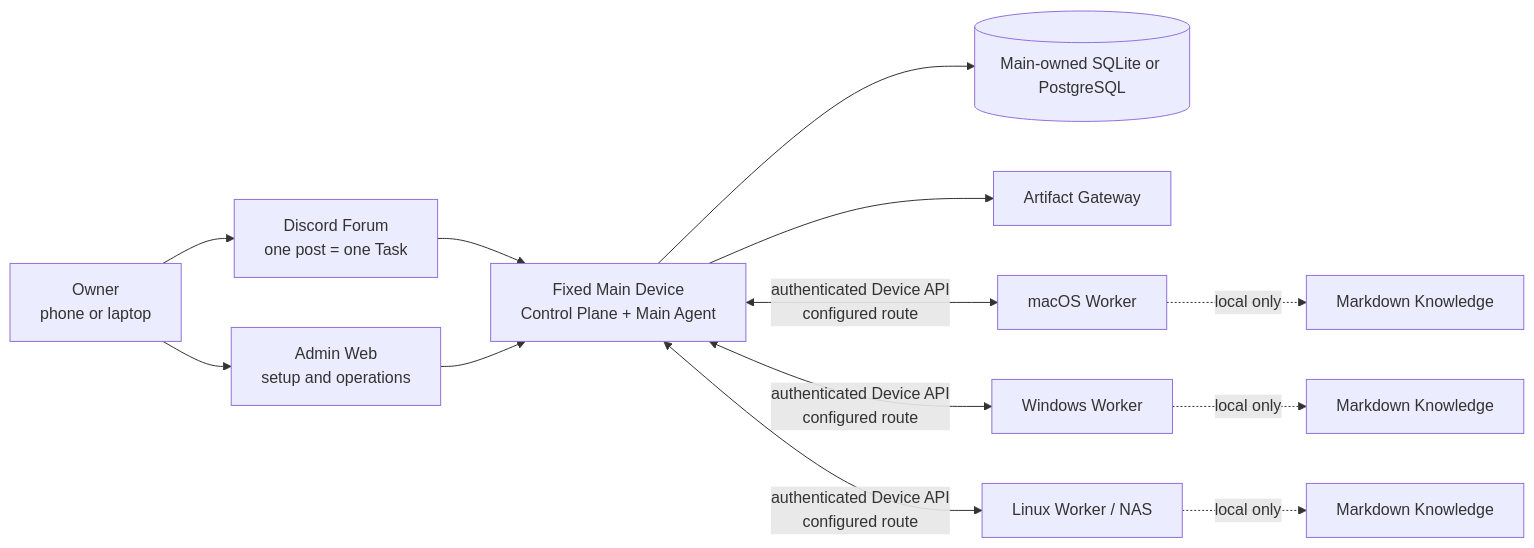
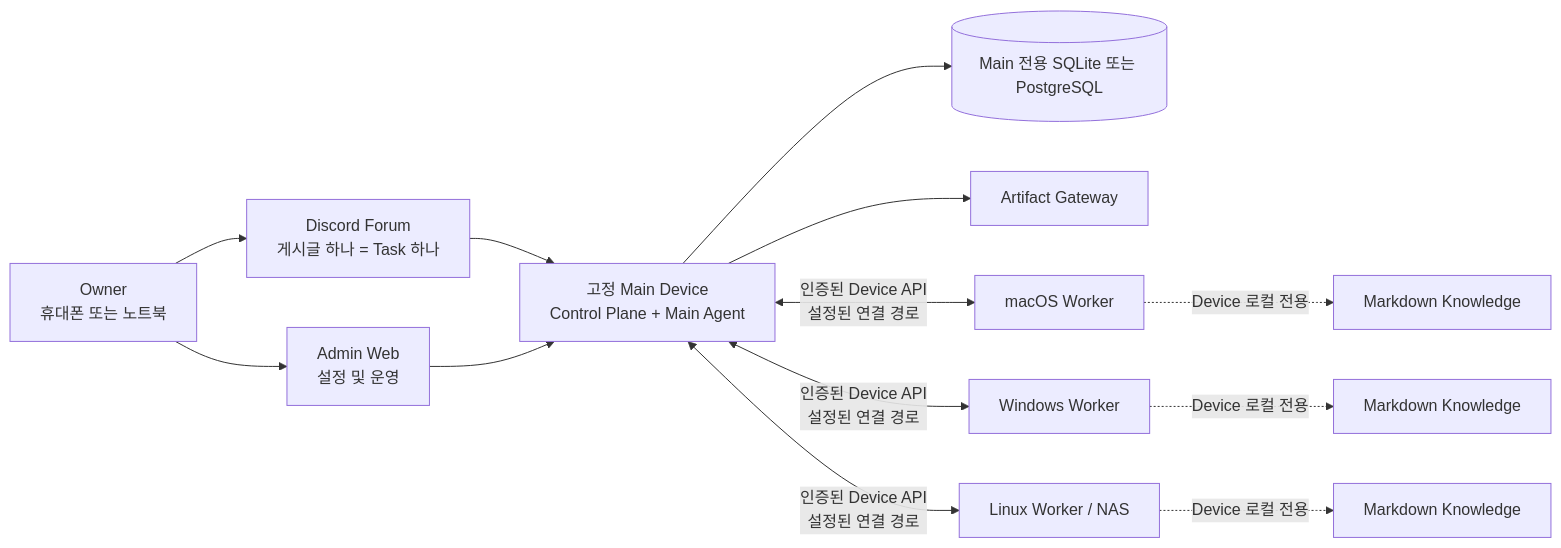
Before and after one commit to jugol/OpenDelegate: the diagram in README.ko.md, drawn with Mermaid. The commit also changed other lines of this file and 653 other files, not shown here.

````diff
--- a/README.ko.md
+++ b/README.ko.md
@@ -33,15 +35,15 @@
 ```mermaid
 flowchart LR
-    owner["Owner<br/>phone or laptop"] --> discord["Discord Forum<br/>one post = one Task"]
-    owner --> admin["Admin Web<br/>setup and operations"]
-    discord --> main["Fixed Main Device<br/>Control Plane + Main Agent"]
+    owner["Owner<br/>휴대폰 또는 노트북"] --> discord["Discord Forum<br/>게시글 하나 = Task 하나"]
+    owner --> admin["Admin Web<br/>설정 및 운영"]
+    discord --> main["고정 Main Device<br/>Control Plane + Main Agent"]
     admin --> main
-    main --> database[("Main-owned SQLite or PostgreSQL")]
+    main --> database[("Main 전용 SQLite 또는 PostgreSQL")]
     main --> artifacts["Artifact Gateway"]
-    main <-->|"authenticated Device API<br/>configured route"| mac["macOS Worker"]
-    main <-->|"authenticated Device API<br/>configured route"| windows["Windows Worker"]
-    main <-->|"authenticated Device API<br/>configured route"| linux["Linux Worker / NAS"]
-    mac -. "local only" .-> macKnowledge["Markdown Knowledge"]
-    windows -. "local only" .-> windowsKnowledge["Markdown Knowledge"]
-    linux -. "local only" .-> linuxKnowledge["Markdown Knowledge"]
+    main <-->|"인증된 Device API<br/>설정된 연결 경로"| mac["macOS Worker"]
+    main <-->|"인증된 Device API<br/>설정된 연결 경로"| windows["Windows Worker"]
+    main <-->|"인증된 Device API<br/>설정된 연결 경로"| linux["Linux Worker / NAS"]
+    mac -. "Device 로컬 전용" .-> macKnowledge["Markdown Knowledge"]
+    windows -. "Device 로컬 전용" .-> windowsKnowledge["Markdown Knowledge"]
+    linux -. "Device 로컬 전용" .-> linuxKnowledge["Markdown Knowledge"]
 ```
````
